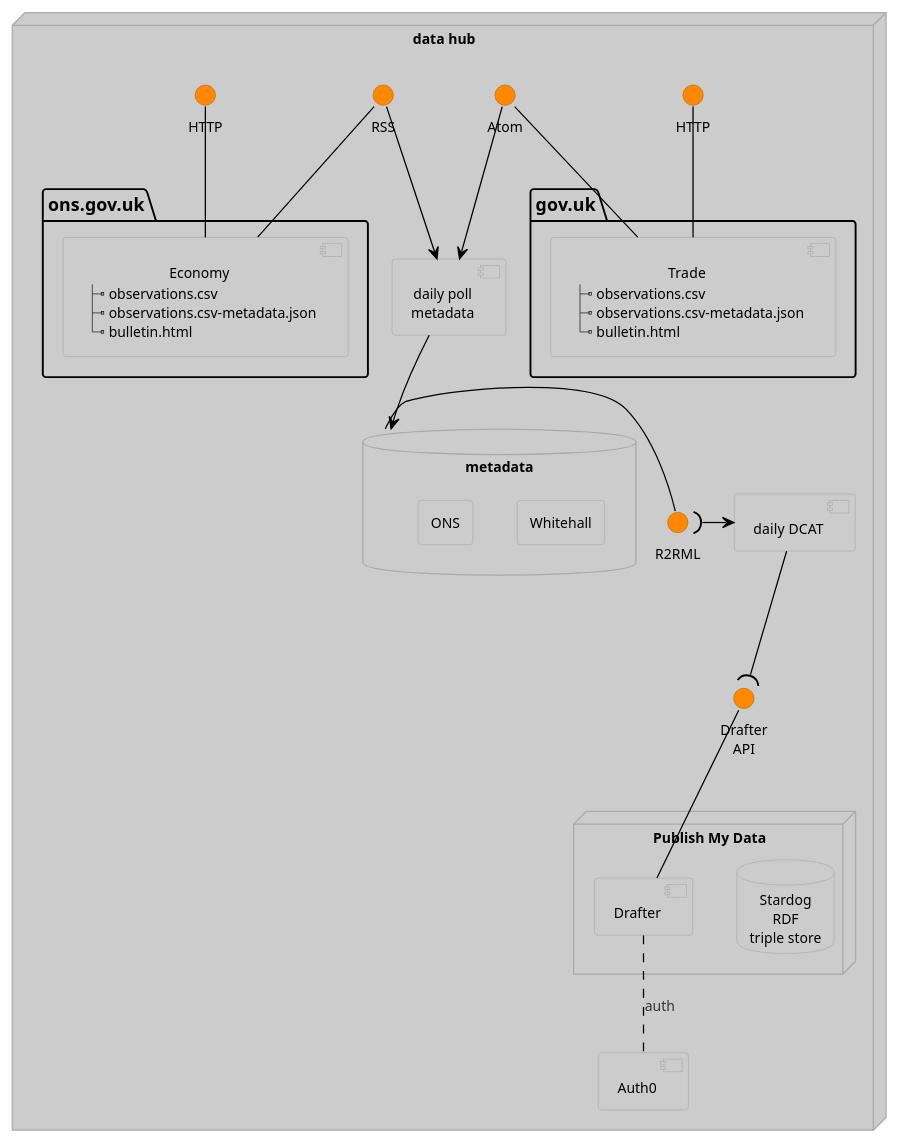
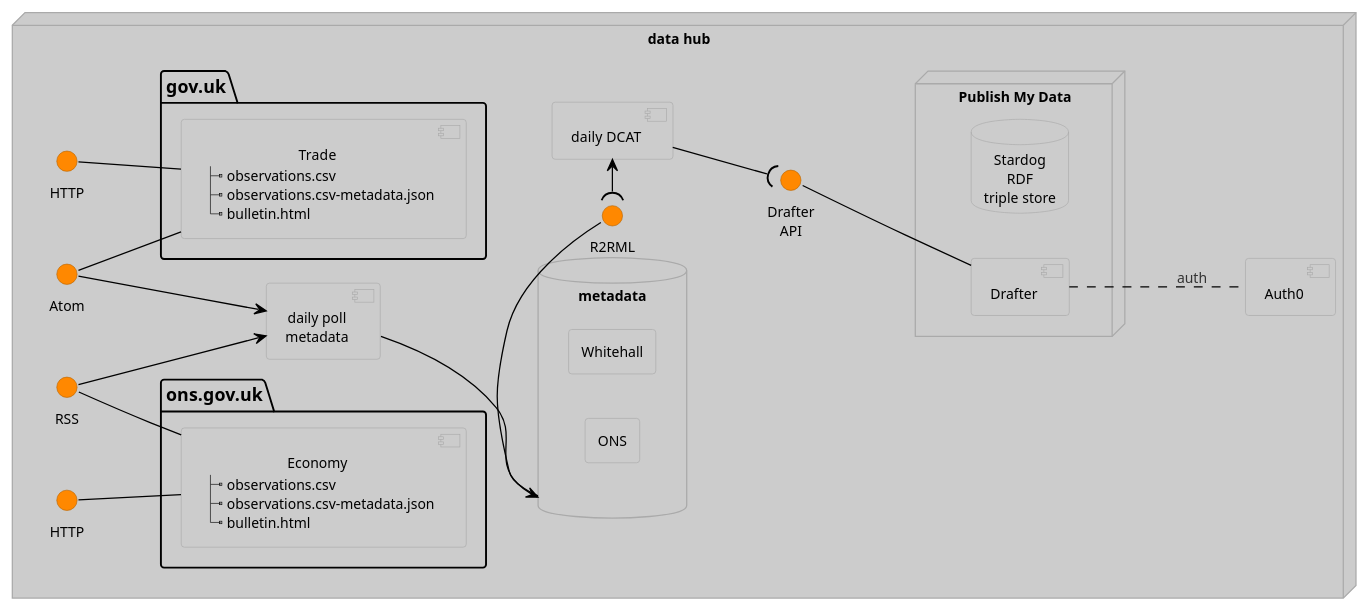
Before and after one commit to GSS-Cogs/architecture: the diagram in data-hub/data-hub.puml, drawn with PlantUML. The commit also changed 2 other files, not shown here.

Commit message:
Minor words and diagram changes.

```diff
--- a/data-hub/data-hub.puml
+++ b/data-hub/data-hub.puml
@@ -1,60 +1,60 @@
 @startuml
 !theme reddress-lightorange
 
 skinparam defaultTextAlignment center
 skinparam noteTextAlignment left
-' left to right direction
+left to right direction
 
 node "data hub" as hub {
 node "Publish My Data" {
   database "Stardog\nRDF\ntriple store"
   [Drafter]
 }
 () drafterAPI as "Drafter\nAPI"
 drafterAPI -- Drafter
 
 component dailyPoll as "daily poll\nmetadata"
 database metadata {
   rectangle Whitehall
   rectangle ONS
 }
 dailyPoll --> metadata
 metadata -() R2RML
 
 [Drafter] .. [Auth0] :auth
 
   package gov.uk {
     component gov_uk_webserver [
       Trade
       |_ observations.csv
       |_ observations.csv-metadata.json
       |_ bulletin.html
     ]
   }
 
   () gov_uk_http as "HTTP"
   gov_uk_http -- gov_uk_webserver
   () gov_uk_atom as "Atom"
   gov_uk_atom -- gov_uk_webserver
 
   package ons.gov.uk {
     component ons_webserver [
       Economy
       |_ observations.csv
       |_ observations.csv-metadata.json
       |_ bulletin.html
     ]
   }
 
   () ons_http as "HTTP"
   ons_http -- ons_webserver
   () ons_rss as "RSS"
   ons_rss -- ons_webserver
 
   ons_rss --> dailyPoll
   gov_uk_atom --> dailyPoll
 
   component dailyDCAT as "daily DCAT"
   R2RML )-> dailyDCAT
   dailyDCAT --( drafterAPI
 @enduml
```
